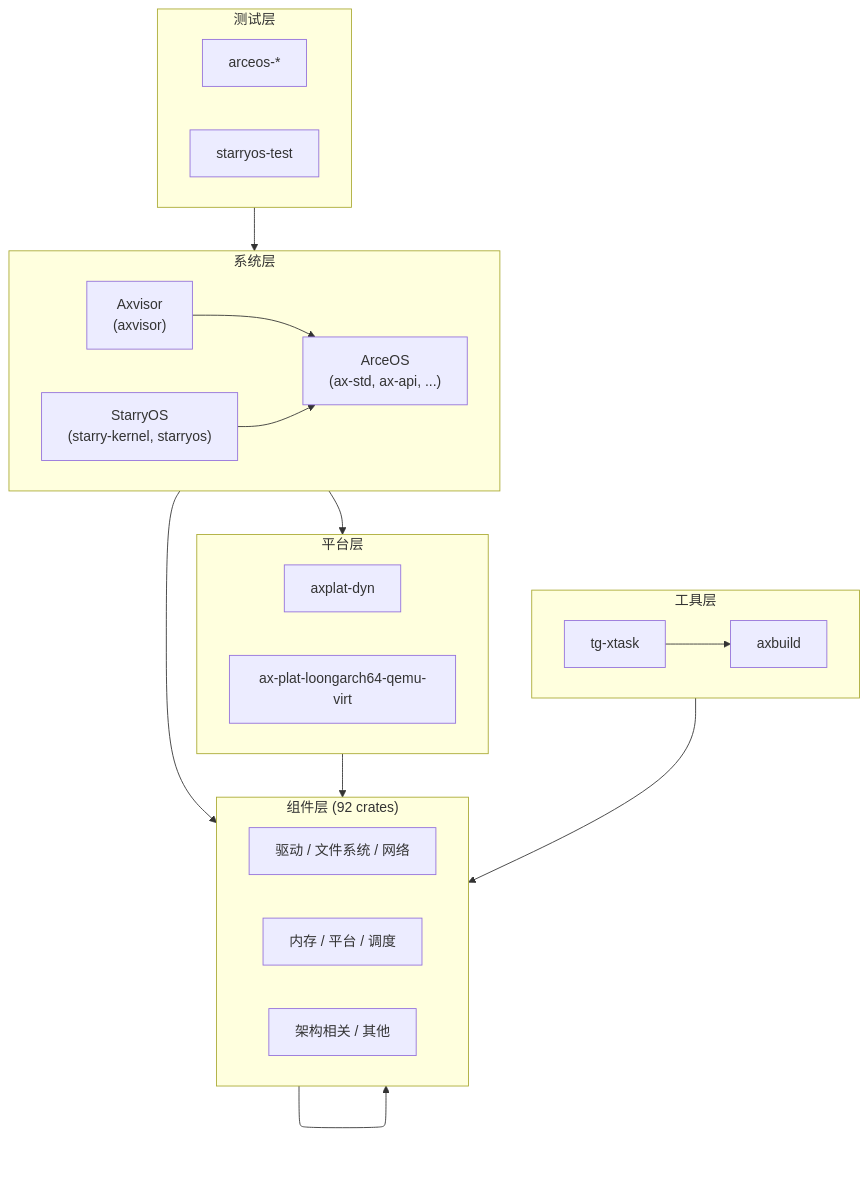
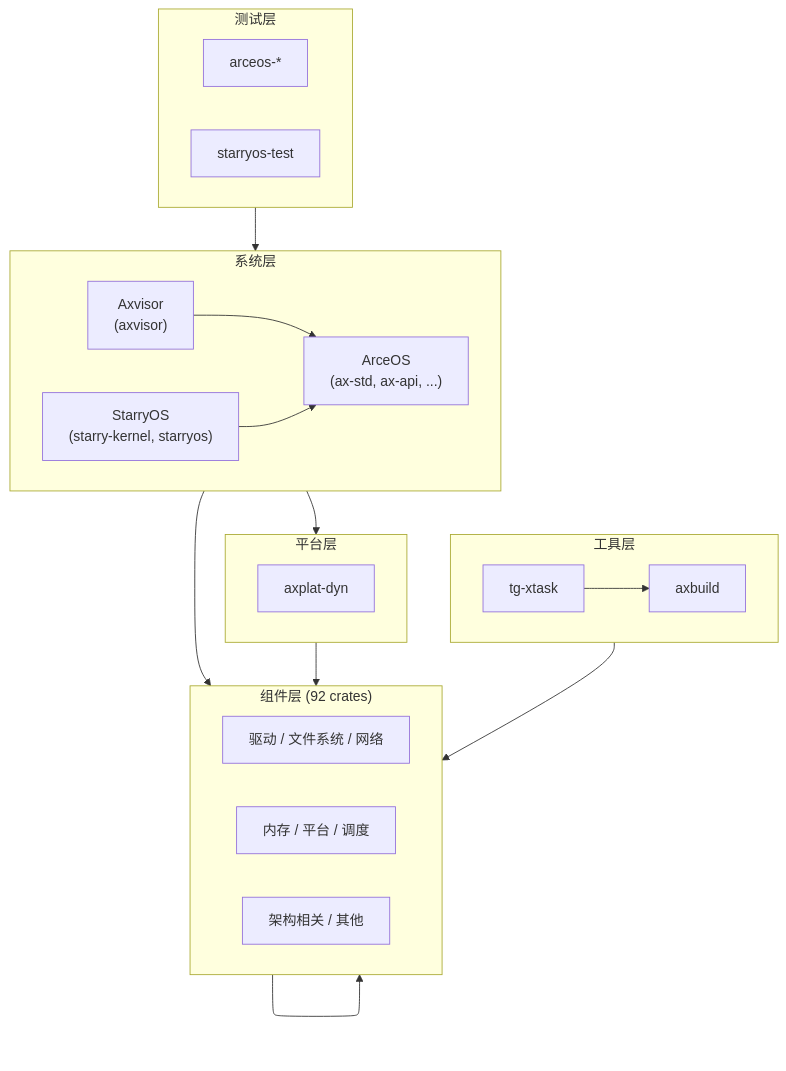
Before and after one commit to rcore-os/tgoskits: the diagram in docs/docs/components/overview.md, drawn with Mermaid. The commit also changed other lines of this file and 88 other files, not shown here.

````diff
--- a/docs/docs/components/overview.md
+++ b/docs/docs/components/overview.md
@@ -26,40 +26,38 @@
 ```mermaid
 flowchart TB
     subgraph sg_test["测试层"]
         direction LR
         t1["arceos-*"]
         t2["starryos-test"]
     end
     subgraph sg_os["系统层"]
         direction LR
         s1["ArceOS\n(ax-std, ax-api, ...)"]
         s2["StarryOS\n(starry-kernel, starryos)"]
         s3["Axvisor\n(axvisor)"]
     end
     subgraph sg_tool["工具层"]
         direction LR
         tl1["axbuild"]
         tl2["tg-xtask"]
     end
     subgraph sg_plat["平台层"]
-        direction LR
         p1["axplat-dyn"]
-        p2["ax-plat-loongarch64-qemu-virt"]
     end
     subgraph sg_comp["组件层 (92 crates)"]
         direction LR
         c1["驱动 / 文件系统 / 网络"]
         c2["内存 / 平台 / 调度"]
         c3["架构相关 / 其他"]
     end
 
     sg_test --> sg_os
     s3 --> s1
     s2 --> s1
     sg_os --> sg_plat
     sg_os --> sg_comp
     sg_plat --> sg_comp
     tl2 --> tl1
     tl1 --> sg_comp
     sg_comp --> sg_comp
 ```
````
